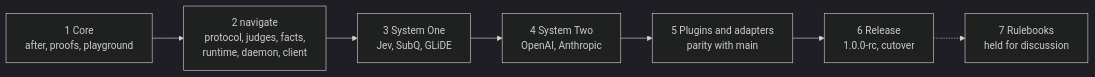
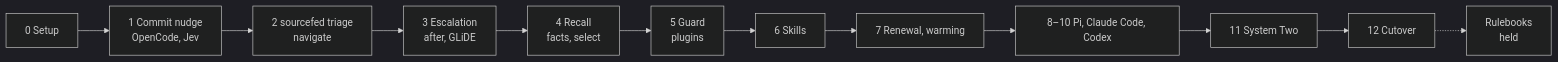
One commit to StevenJPx2/chauffeur changed the first of 16 diagrams in docs/plans/pluggability.md. Above: the diagram before and after it, drawn with Mermaid (dark theme). The commit also changed other lines of this file and 22 other files, not shown here.

````diff
--- a/docs/plans/pluggability.md
+++ b/docs/plans/pluggability.md
@@ -40,9 +50,14 @@
 ```mermaid
 flowchart LR
-    S1["1 Core<br/>after, proofs, playground"] --> S2["2 navigate<br/>protocol, judges, facts,<br/>runtime, daemon, client"]
-    S2 --> S3["3 System One<br/>Jev, SubQ, GLiDE"]
-    S3 --> S4["4 System Two<br/>OpenAI, Anthropic"]
-    S4 --> S5["5 Plugins and adapters<br/>parity with main"]
-    S5 --> S6["6 Release<br/>1.0.0-rc, cutover"]
-    S6 -.-> S7["7 Rulebooks<br/>held for discussion"]
+    S0["0 Setup"] --> S1["1 Commit nudge<br/>OpenCode, Jev"]
+    S1 --> S2["2 sourcefed triage<br/>navigate"]
+    S2 --> S3["3 Escalation<br/>after, GLiDE"]
+    S3 --> S4["4 Recall<br/>facts, select"]
+    S4 --> S5["5 Guard<br/>plugins"]
+    S5 --> S6["6 Skills"]
+    S6 --> S7["7 Renewal, warming"]
+    S7 --> S8["8–10 Pi, Claude Code, Codex"]
+    S8 --> S11["11 System Two"]
+    S11 --> S12["12 Cutover"]
+    S12 -.-> RB["Rulebooks<br/>held"]
 ```
````
